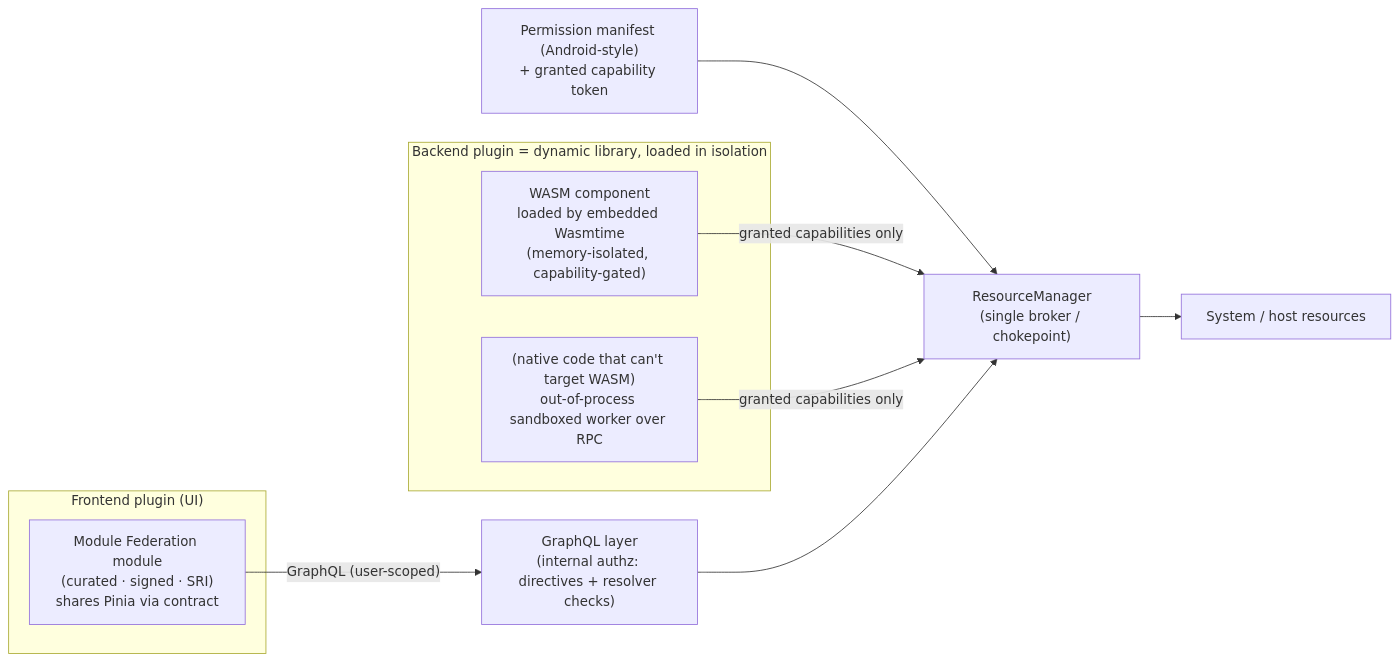
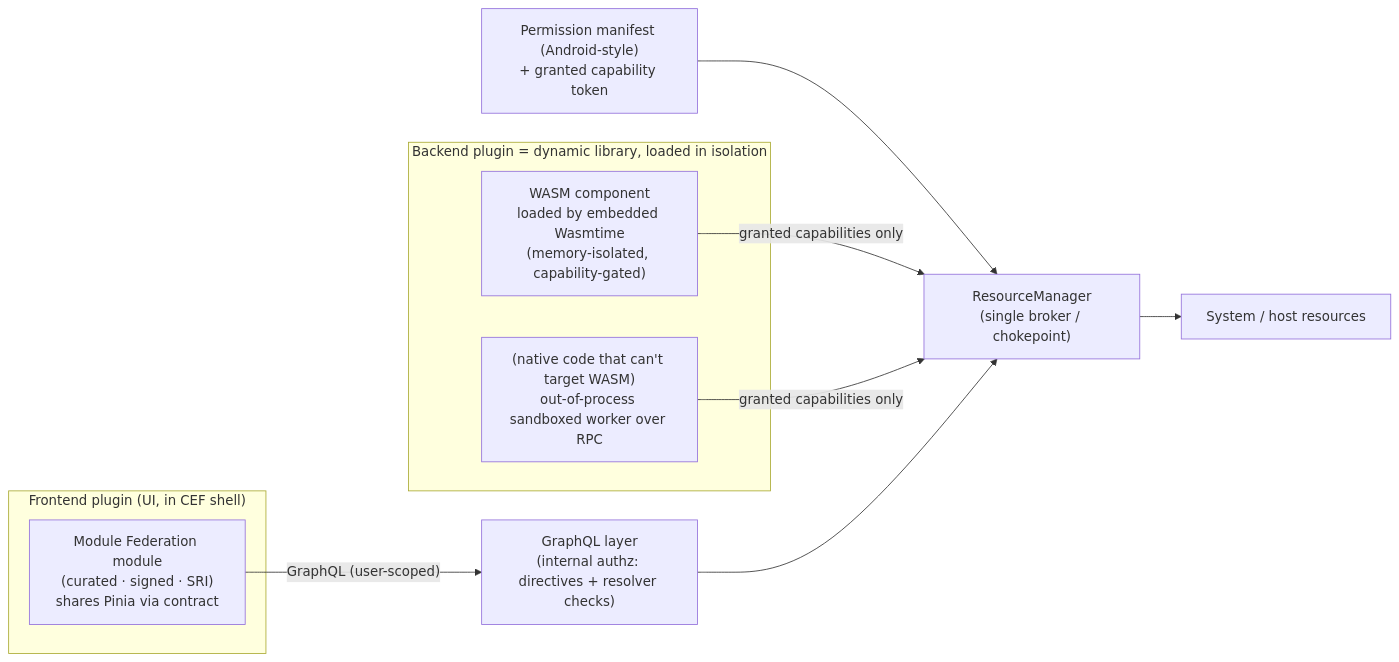
One commit to Asteb612/SandboxDesktop changed the third of 3 diagrams in docs/ARCHITECTURE.md. Above: the diagram before and after it, drawn with Mermaid. The commit also changed other lines of this file and 7 other files, not shown here.

````diff
--- a/docs/ARCHITECTURE.md
+++ b/docs/ARCHITECTURE.md
@@ -178,21 +184,21 @@
 ```mermaid
 flowchart LR
-    subgraph FE["Frontend plugin (UI)"]
+    subgraph FE["Frontend plugin (UI, in CEF shell)"]
         FED["Module Federation module\n(curated · signed · SRI)\nshares Pinia via contract"]
     end
     subgraph BE["Backend plugin = dynamic library, loaded in isolation"]
         WASMP["WASM component\nloaded by embedded Wasmtime\n(memory-isolated, capability-gated)"]
         NATIVE["(native code that can't target WASM)\nout-of-process sandboxed worker over RPC"]
     end
     PERM["Permission manifest (Android-style)\n+ granted capability token"]
     GQL["GraphQL layer\n(internal authz: directives + resolver checks)"]
     RM["ResourceManager\n(single broker / chokepoint)"]
     SYS["System / host resources"]
 
     PERM --> RM
     WASMP -->|"granted capabilities only"| RM
     NATIVE -->|"granted capabilities only"| RM
     RM --> SYS
     FED -->|"GraphQL (user-scoped)"| GQL
     GQL --> RM
 ```
````
